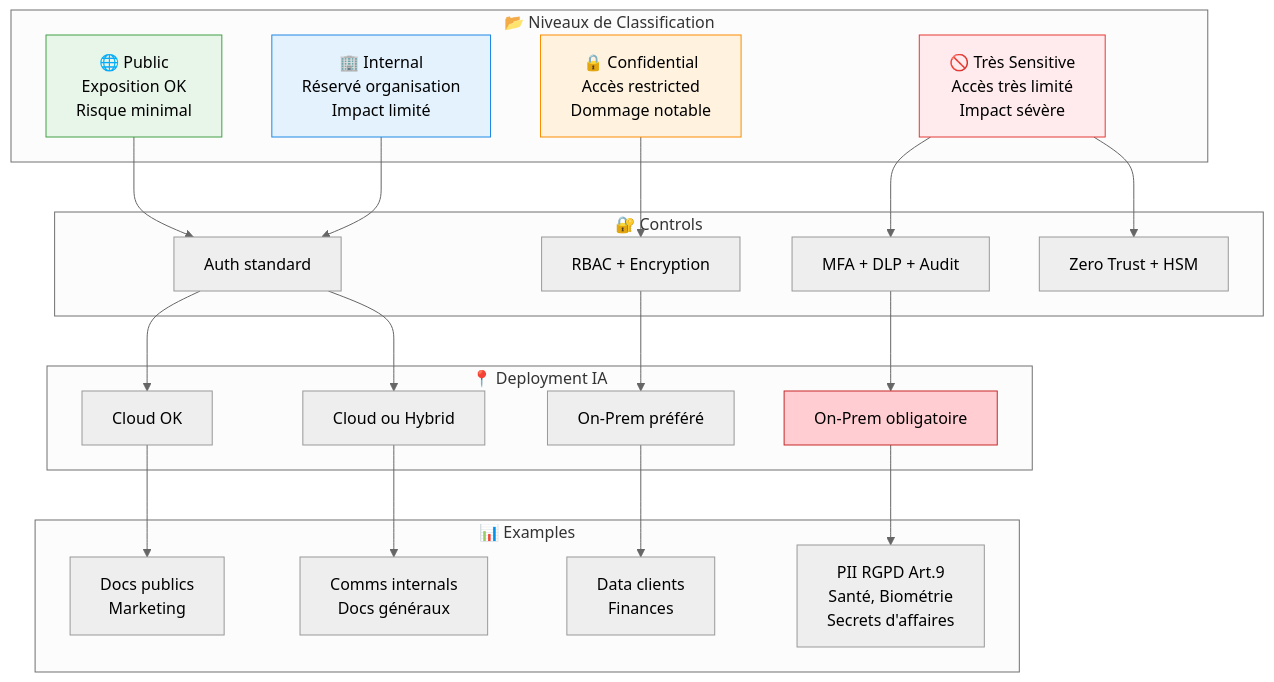
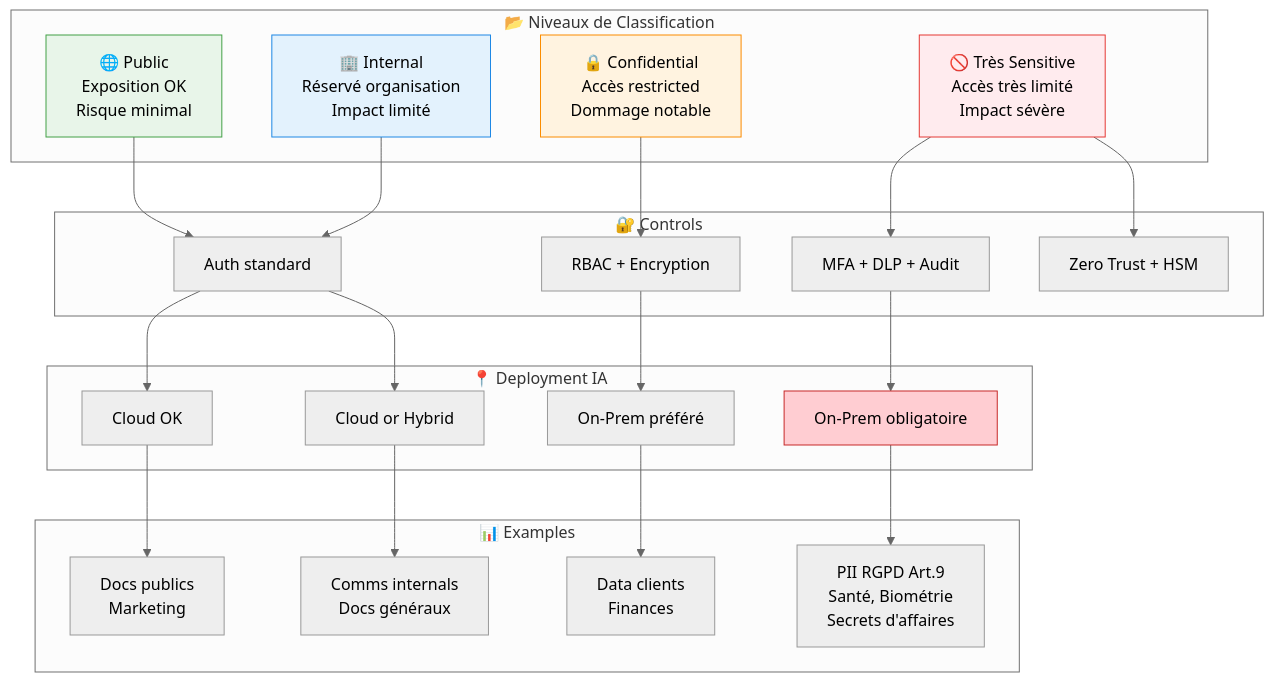
The diagram in docs/security/data-classification.md (brunseba/ai-tech-watch), drawn with Mermaid (neutral theme) before and after one commit. The commit also changed other lines of this file and 24 other files, not shown here.

````diff
--- a/docs/security/data-classification.md
+++ b/docs/security/data-classification.md
@@ -8,42 +8,42 @@
 ```mermaid
 graph TB
     subgraph Levels["📂 Niveaux de Classification"]
         L1[🌐 Public<br/>Exposition OK<br/>Risque minimal]
         L2[🏢 Internal<br/>Réservé organisation<br/>Impact limité]
         L3[🔒 Confidential<br/>Accès restricted<br/>Dommage notable]
         L4[🚫 Très Sensitive<br/>Accès très limité<br/>Impact sévère]
     end
     
     subgraph Controls["🔐 Controls"]
         C1[Auth standard]
         C2[RBAC + Encryption]
         C3[MFA + DLP + Audit]
         C4[Zero Trust + HSM]
     end
     
     subgraph Deploy["📍 Deployment IA"]
         D1[Cloud OK]
-        D2[Cloud ou Hybrid]
+        D2[Cloud or Hybrid]
         D3[On-Prem préféré]
         D4[On-Prem obligatoire]
     end
     
     subgraph Examples["📊 Examples"]
         E1[Docs publics<br/>Marketing]
         E2[Comms internals<br/>Docs généraux]
         E3[Data clients<br/>Finances]
         E4[PII RGPD Art.9<br/>Santé, Biométrie<br/>Secrets d'affaires]
     end
     
     L1 --> C1 --> D1 --> E1
     L2 --> C1 --> D2 --> E2
     L3 --> C2 --> D3 --> E3
     L4 --> C3 --> D4 --> E4
     L4 --> C4
     
     style L1 fill:#e8f5e9,stroke:#43a047
     style L2 fill:#e3f2fd,stroke:#1e88e5
     style L3 fill:#fff3e0,stroke:#fb8c00
     style L4 fill:#ffebee,stroke:#e53935
     style D4 fill:#ffcdd2,stroke:#c62828
 ```
````
